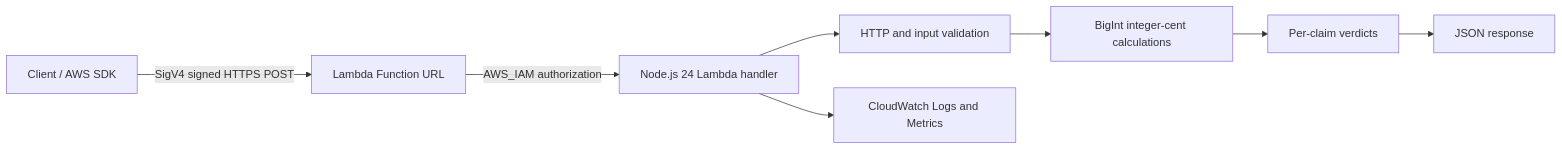
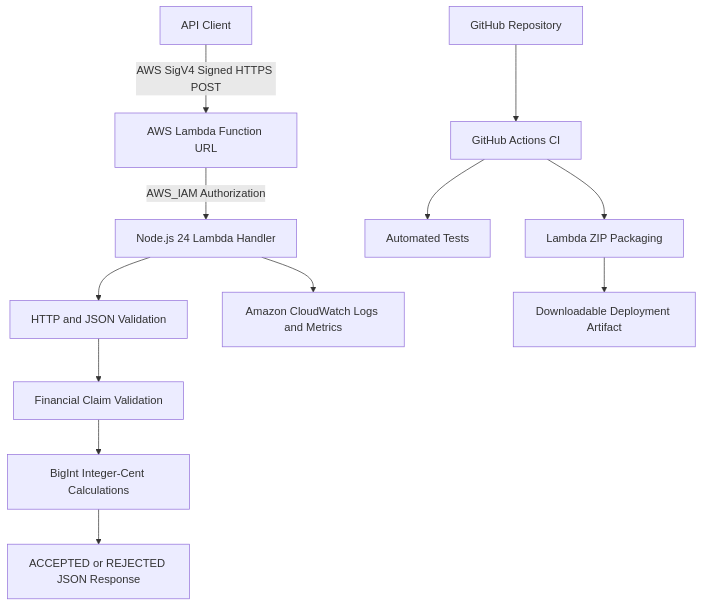
The diagram in README.md (yusufthecoder474/RevenueGuard-AWS), drawn with Mermaid before and after one commit. The commit also changed other lines of this file, not shown here.

Commit message:
docs: add verified AWS load testing and CloudWatch evidence

````diff
--- a/README.md
+++ b/README.md
@@ -13,10 +19,16 @@
 ```mermaid
-flowchart LR
-    A[Client / AWS SDK] -->|SigV4 signed HTTPS POST| B[Lambda Function URL]
-    B -->|AWS_IAM authorization| C[Node.js 24 Lambda handler]
-    C --> D[HTTP and input validation]
-    D --> E[BigInt integer-cent calculations]
-    E --> F[Per-claim verdicts]
-    F --> G[JSON response]
-    C --> H[CloudWatch Logs and Metrics]
+flowchart TD
+    A[API Client] -->|AWS SigV4 Signed HTTPS POST| B[AWS Lambda Function URL]
+    B -->|AWS_IAM Authorization| C[Node.js 24 Lambda Handler]
+    C --> D[HTTP and JSON Validation]
+    D --> E[Financial Claim Validation]
+    E --> F[BigInt Integer-Cent Calculations]
+    F --> G[ACCEPTED or REJECTED JSON Response]
+
+    C --> H[Amazon CloudWatch Logs and Metrics]
+
+    I[GitHub Repository] --> J[GitHub Actions CI]
+    J --> K[Automated Tests]
+    J --> L[Lambda ZIP Packaging]
+    L --> M[Downloadable Deployment Artifact]
 ```
````
